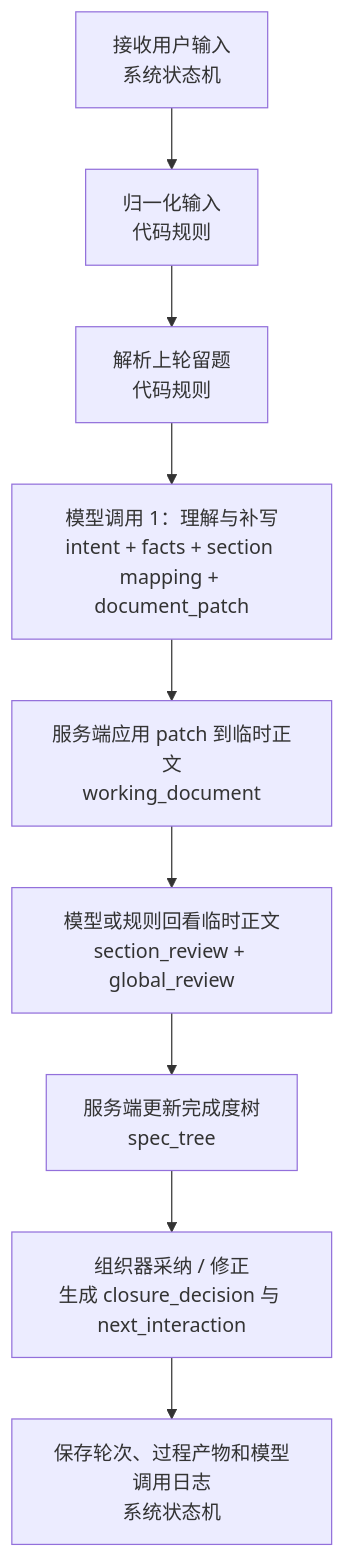
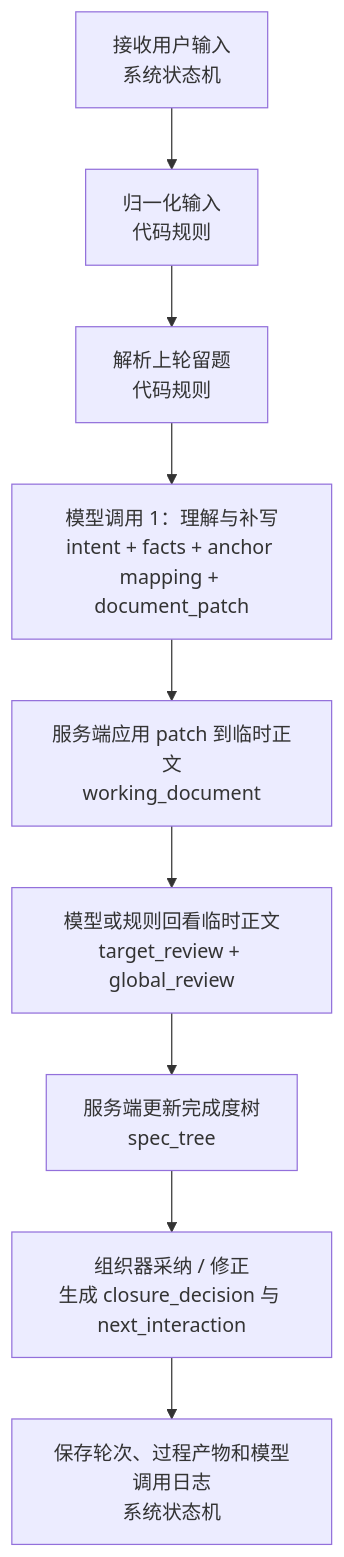
One commit to wgwtest/CodeFactoryV2 changed diagram 26 of 35 in DOC/CODEX_DOC/02_设计说明/P2_需求分析系统/P2-需求分析系统设计.md. Above: the diagram before and after it, drawn with Mermaid. The commit also changed other lines of this file and 15 other files, not shown here.

````diff
--- a/DOC/CODEX_DOC/02_设计说明/P2_需求分析系统/P2-需求分析系统设计.md
+++ b/DOC/CODEX_DOC/02_设计说明/P2_需求分析系统/P2-需求分析系统设计.md
@@ -3123,14 +3137,14 @@
 ```mermaid
 flowchart TB
   A["接收用户输入<br/>系统状态机"]
   B["归一化输入<br/>代码规则"]
   C["解析上轮留题<br/>代码规则"]
-  D["模型调用 1：理解与补写<br/>intent + facts + section mapping + document_patch"]
+  D["模型调用 1：理解与补写<br/>intent + facts + anchor mapping + document_patch"]
   E["服务端应用 patch 到临时正文<br/>working_document"]
-  F["模型或规则回看临时正文<br/>section_review + global_review"]
+  F["模型或规则回看临时正文<br/>target_review + global_review"]
   G["服务端更新完成度树<br/>spec_tree"]
   H["组织器采纳 / 修正<br/>生成 closure_decision 与 next_interaction"]
   I["保存轮次、过程产物和模型调用日志<br/>系统状态机"]
 
   A --> B --> C --> D --> E --> F --> G --> H --> I
 ```
````
